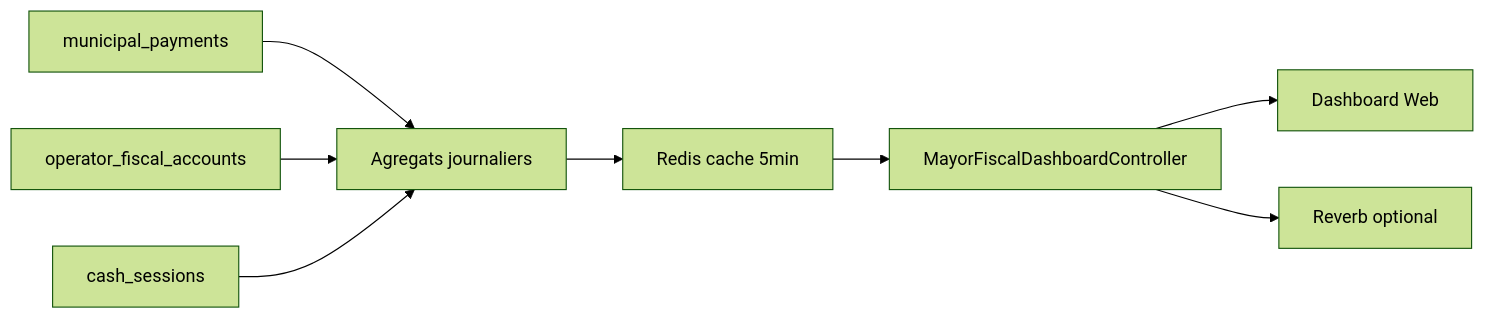
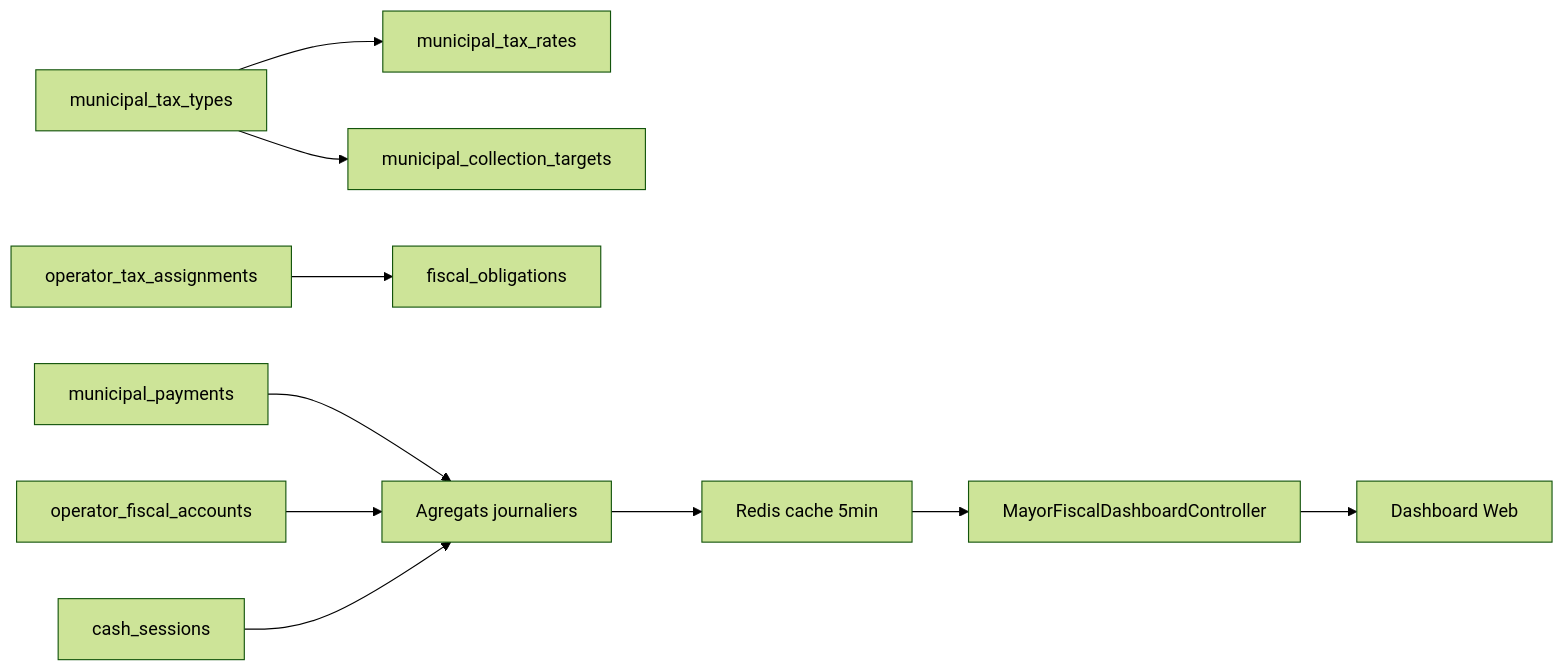
Before and after one commit to akieni2/mami.ga: the diagram in docs/municipality-v3/09_MAYOR_FISCAL_DASHBOARD.md, drawn with Mermaid (forest theme). The commit also changed other lines of this file and 63 other files, not shown here.

````diff
--- a/docs/municipality-v3/09_MAYOR_FISCAL_DASHBOARD.md
+++ b/docs/municipality-v3/09_MAYOR_FISCAL_DASHBOARD.md
@@ -21,10 +21,12 @@
 ```mermaid
 flowchart LR
+    TAX[municipal_tax_types] --> RATES[municipal_tax_rates]
+    TAX --> TARGETS[municipal_collection_targets]
+    OTA[operator_tax_assignments] --> OBL[fiscal_obligations]
     MP[municipal_payments] --> AGG[Agregats journaliers]
     OFA[operator_fiscal_accounts] --> AGG
     CS[cash_sessions] --> AGG
     AGG --> CACHE[Redis cache 5min]
     CACHE --> API[MayorFiscalDashboardController]
     API --> WEB[Dashboard Web]
-    API --> WS[Reverb optional]
 ```
````
